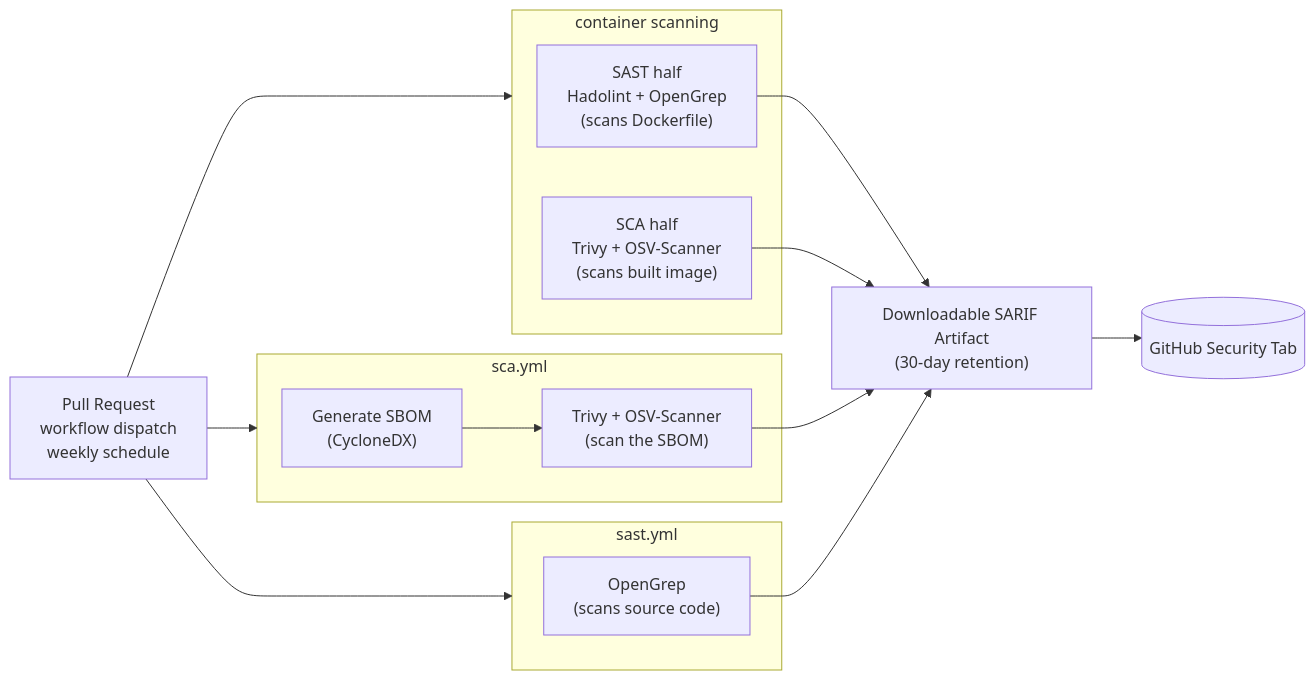
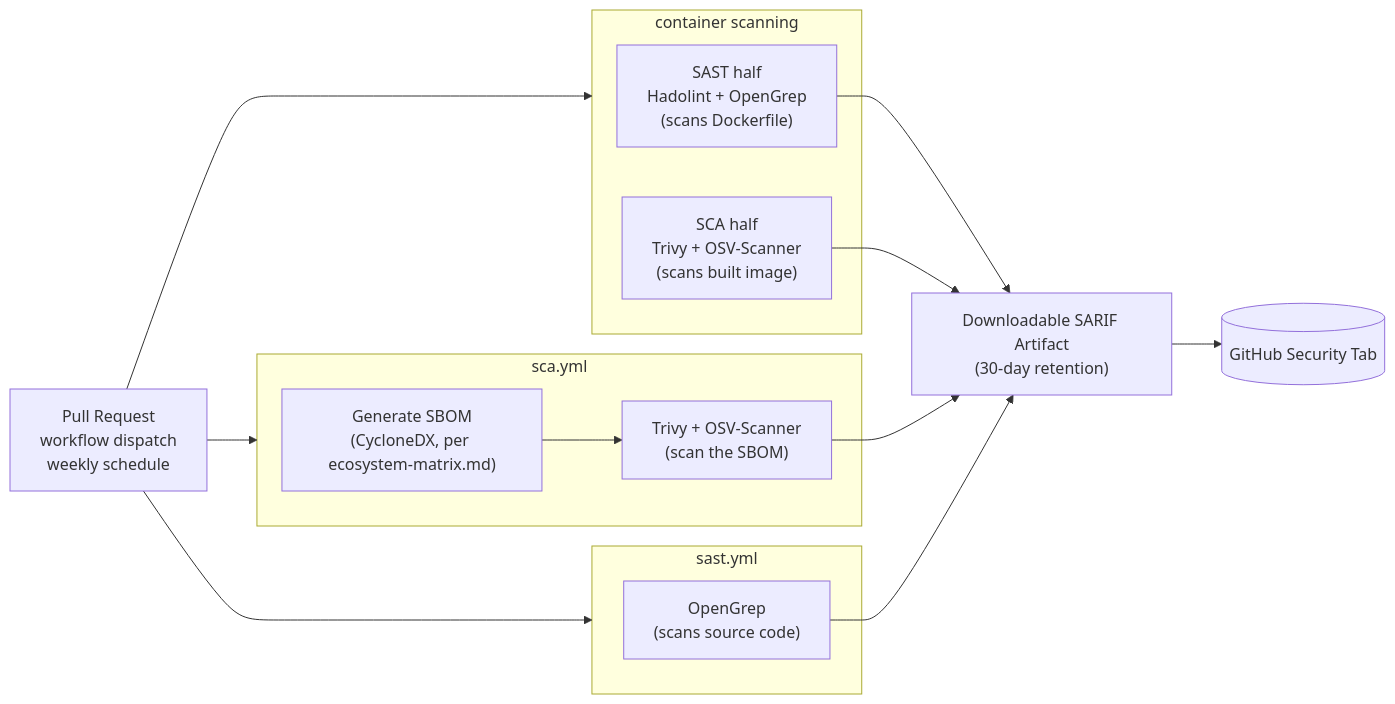
The diagram in README.md (moghit-eou/EBRAIN-DevSecOps-handbook), drawn with Mermaid before and after one commit. The commit also changed other lines of this file and 27 other files, not shown here.

````diff
--- a/README.md
+++ b/README.md
@@ -107,33 +129,33 @@
 ```mermaid
 flowchart LR
     PR["Pull Request \nworkflow dispatch \nweekly schedule"]
 
     subgraph CS["container scanning"]
         CS_SAST["SAST half\nHadolint + OpenGrep\n(scans Dockerfile)"]
         CS_SCA["SCA half\nTrivy + OSV-Scanner\n(scans built image)"]
     end
 
     subgraph SCA["sca.yml"]
-        SCA_SBOM["Generate SBOM\n(CycloneDX)"]
+        SCA_SBOM["Generate SBOM\n(CycloneDX, per ecosystem-matrix.md)"]
         SCA_SCAN["Trivy + OSV-Scanner\n(scan the SBOM)"]
         SCA_SBOM --> SCA_SCAN
     end
 
     subgraph SAST["sast.yml"]
         SAST_SCAN["OpenGrep\n(scans source code)"]
     end
     
     SARIF["Downloadable SARIF Artifact\n(30-day retention)"]
     SEC[("GitHub Security Tab")]
 
     PR --> CS
     PR --> SCA
     PR --> SAST
 
     CS_SAST --> SARIF
     CS_SCA --> SARIF
     SCA_SCAN --> SARIF
     SAST_SCAN --> SARIF
     
     SARIF --> SEC
 ```
````
